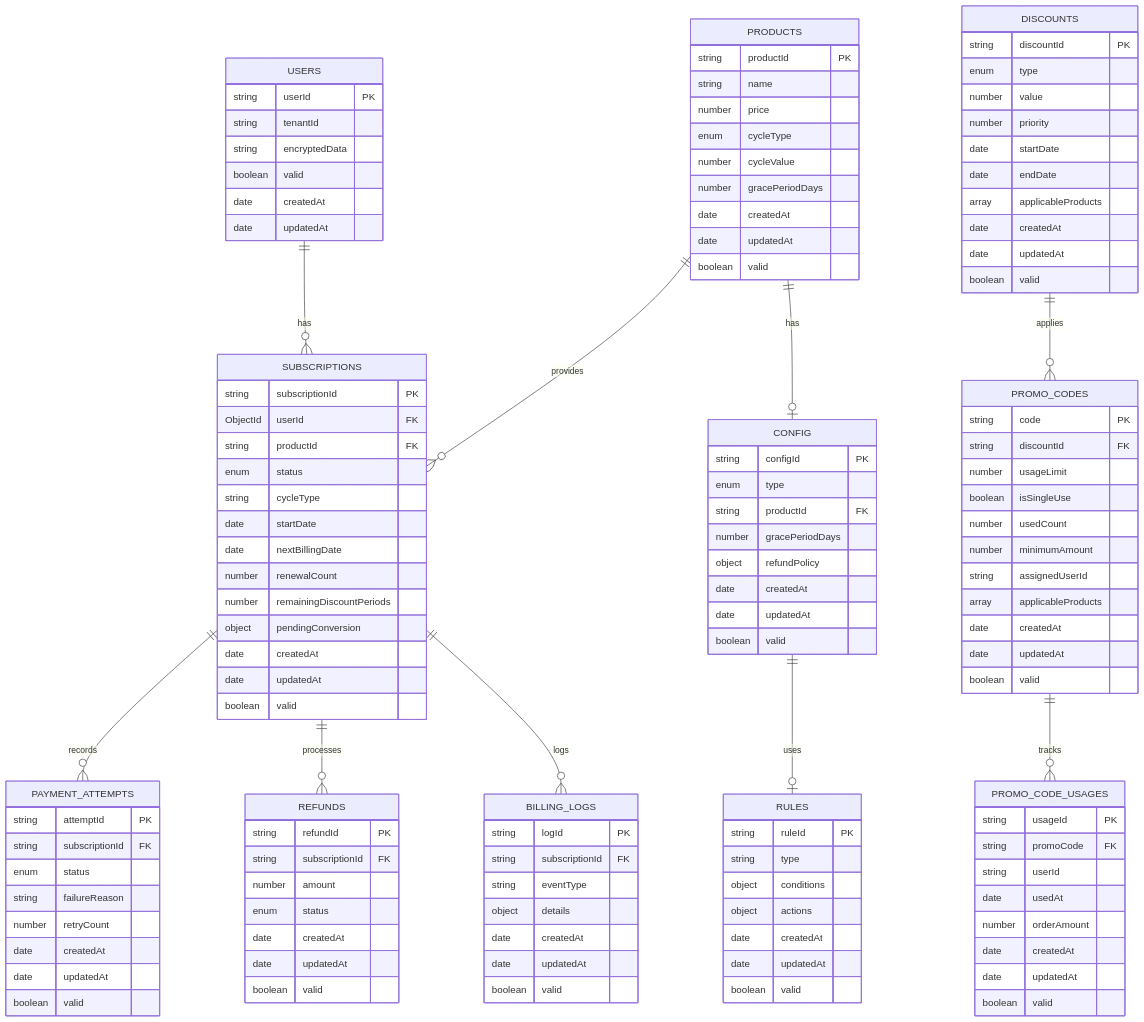
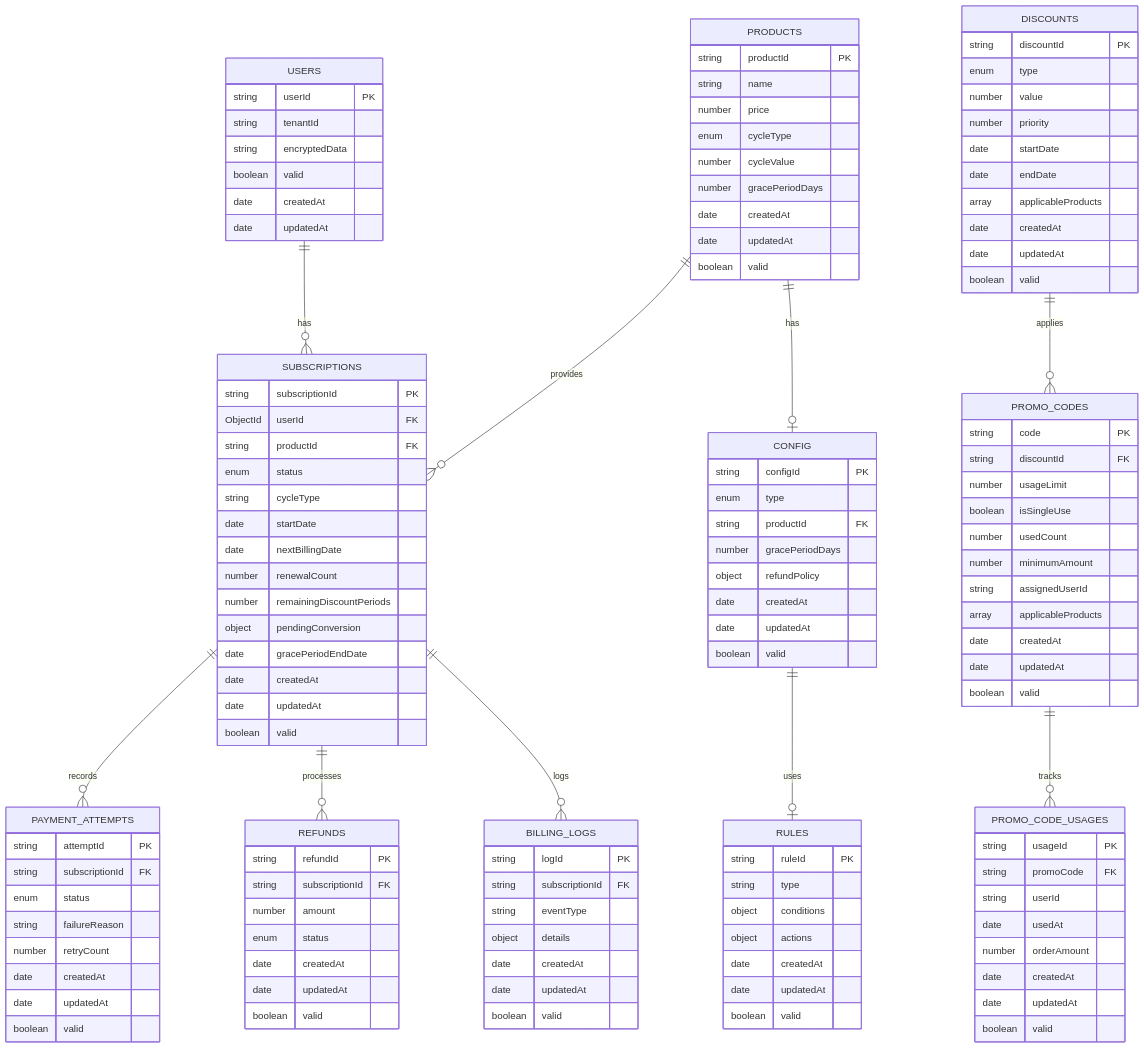
The second of 11 diagrams in docs/docs_0_7/billingBot_v0.7.1_system_design.markdown (xxxhand/auto-billing-bot), drawn with Mermaid before and after one commit. The commit also changed other lines of this file and 9 other files, not shown here.

```diff
--- a/docs/docs_0_7/billingBot_v0.7.1_system_design.markdown
+++ b/docs/docs_0_7/billingBot_v0.7.1_system_design.markdown
@@ -252,6 +253,7 @@
         number renewalCount
         number remainingDiscountPeriods
         object pendingConversion
+        date gracePeriodEndDate
         date createdAt
         date updatedAt
         boolean valid 
```
